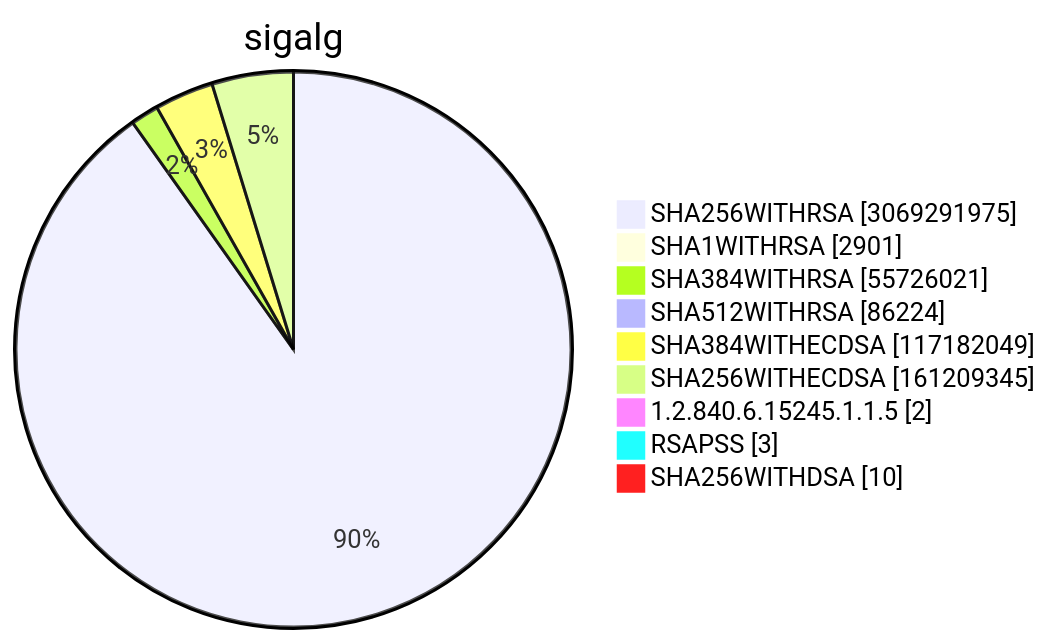
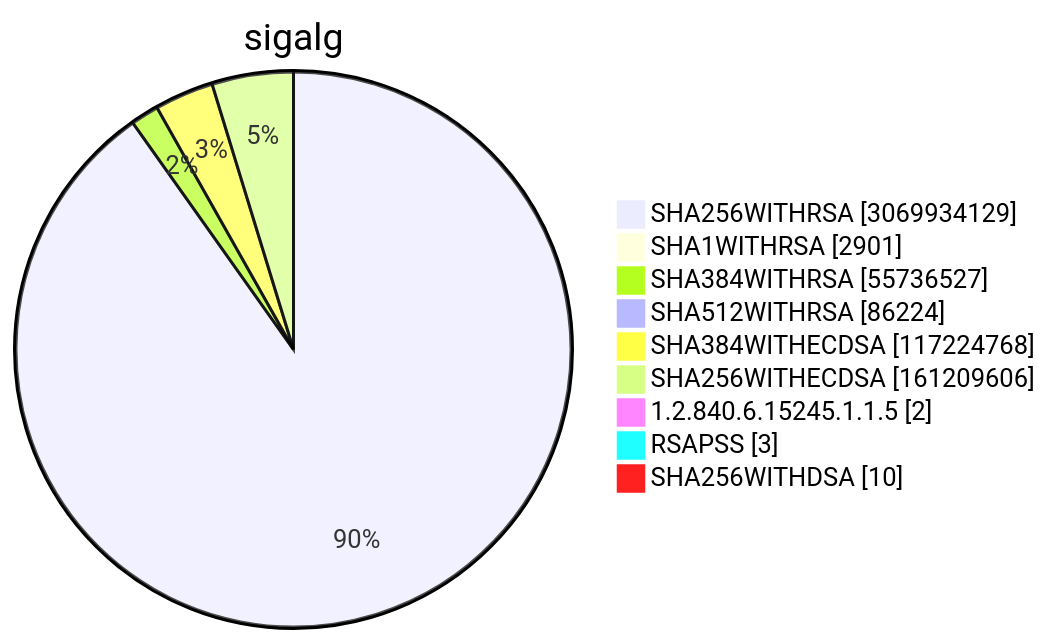
Before and after one commit to christiankrug/ctmonitor_visualization: diagram 15 of 15 in TOTAL/README.md, drawn with Mermaid. The commit also changed other lines of this file, not shown here.

````diff
--- a/TOTAL/README.md
+++ b/TOTAL/README.md
@@ -6209,13 +6209,13 @@
 ```mermaid
 pie showData
 title sigalg
-"SHA256WITHRSA" :3069291975
+"SHA256WITHRSA" :3069934129
 "SHA1WITHRSA" :2901
-"SHA384WITHRSA" :55726021
+"SHA384WITHRSA" :55736527
 "SHA512WITHRSA" :86224
-"SHA384WITHECDSA" :117182049
-"SHA256WITHECDSA" :161209345
+"SHA384WITHECDSA" :117224768
+"SHA256WITHECDSA" :161209606
 "1.2.840.6.15245.1.1.5" :2
 "RSAPSS" :3
 "SHA256WITHDSA" :10
 ```
````
